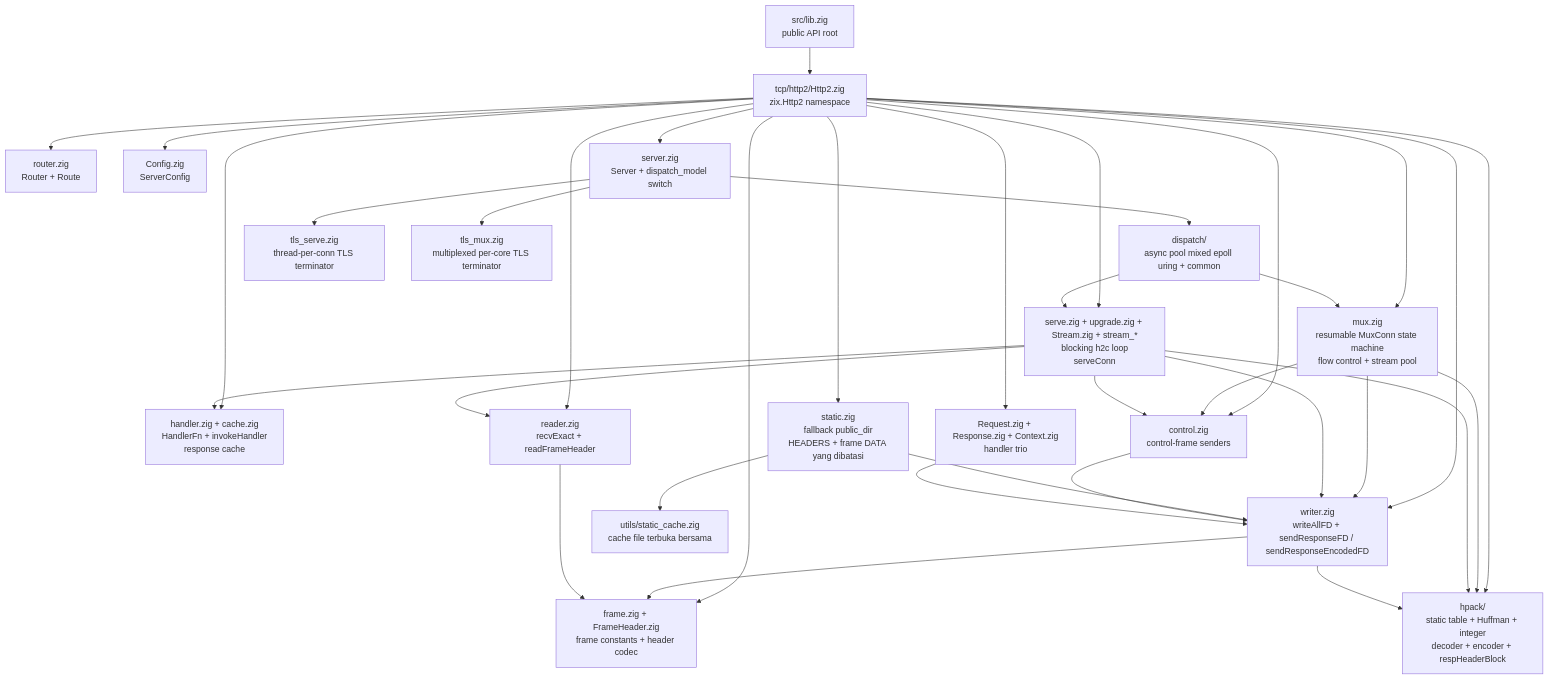
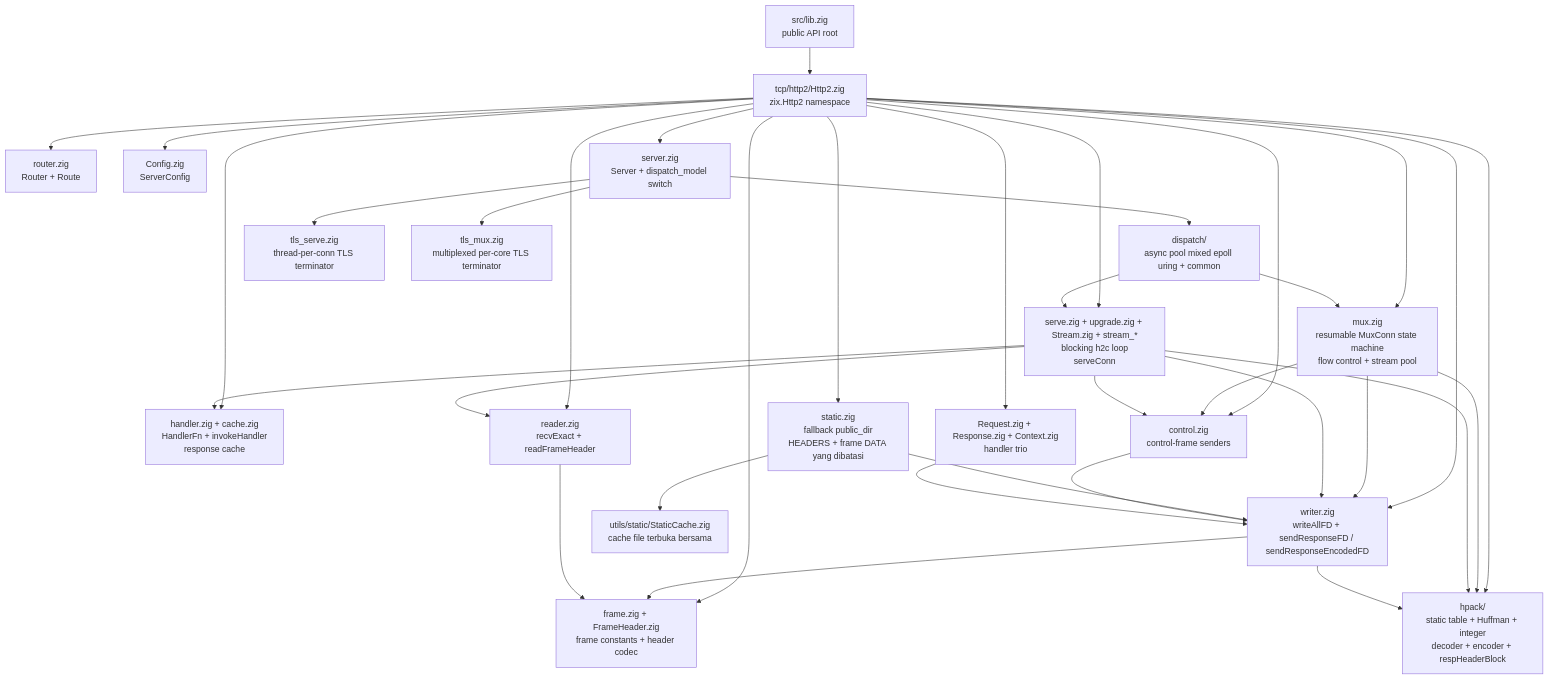
Before and after one commit to prothegee/zix: the third of 5 diagrams in docs/hld-http2-id.md, drawn with Mermaid. The commit also changed other lines of this file, not shown here.

First line of the commit message:
update the HTTP/2 hld for the static path

````diff
--- a/docs/hld-http2-id.md
+++ b/docs/hld-http2-id.md
@@ -91,40 +91,40 @@
 ```mermaid
 graph TD
     zix["src/lib.zig\npublic API root"] --> Http2["tcp/http2/Http2.zig\nzix.Http2 namespace"]
 
     Http2 --> core["serve.zig + upgrade.zig + Stream.zig + stream_*\nblocking h2c loop\nserveConn"]
     Http2 --> handler["handler.zig + cache.zig\nHandlerFn + invokeHandler\nresponse cache"]
     Http2 --> router["router.zig\nRouter + Route"]
     Http2 --> mux["mux.zig\nresumable MuxConn state machine\nflow control + stream pool"]
     Http2 --> frame["frame.zig + FrameHeader.zig\nframe constants + header codec"]
     Http2 --> writer["writer.zig\nwriteAllFD + sendResponseFD / sendResponseEncodedFD"]
     Http2 --> reader["reader.zig\nrecvExact + readFrameHeader"]
     Http2 --> control["control.zig\ncontrol-frame senders"]
     Http2 --> hpack["hpack/\nstatic table + Huffman + integer\ndecoder + encoder + respHeaderBlock"]
     Http2 --> config["Config.zig\nServerConfig"]
     Http2 --> types["Request.zig + Response.zig + Context.zig\nhandler trio"]
     Http2 --> server["server.zig\nServer + dispatch_model switch"]
     Http2 --> static["static.zig\nfallback public_dir\nHEADERS + frame DATA yang dibatasi"]
 
     server --> dispatch["dispatch/\nasync pool mixed epoll uring + common"]
     server --> tls_serve["tls_serve.zig\nthread-per-conn TLS terminator"]
     server --> tls_mux["tls_mux.zig\nmultiplexed per-core TLS terminator"]
 
     dispatch --> core
     dispatch --> mux
     mux --> writer
     mux --> control
     mux --> hpack
     core --> reader
     core --> writer
     core --> control
     core --> hpack
     core --> handler
     static --> writer
     writer --> frame
     writer --> hpack
     reader --> frame
     control --> writer
     types --> writer
-    static --> static_cache["utils/static_cache.zig\ncache file terbuka bersama"]
+    static --> static_cache["utils/static/StaticCache.zig\ncache file terbuka bersama"]
 ```
````
